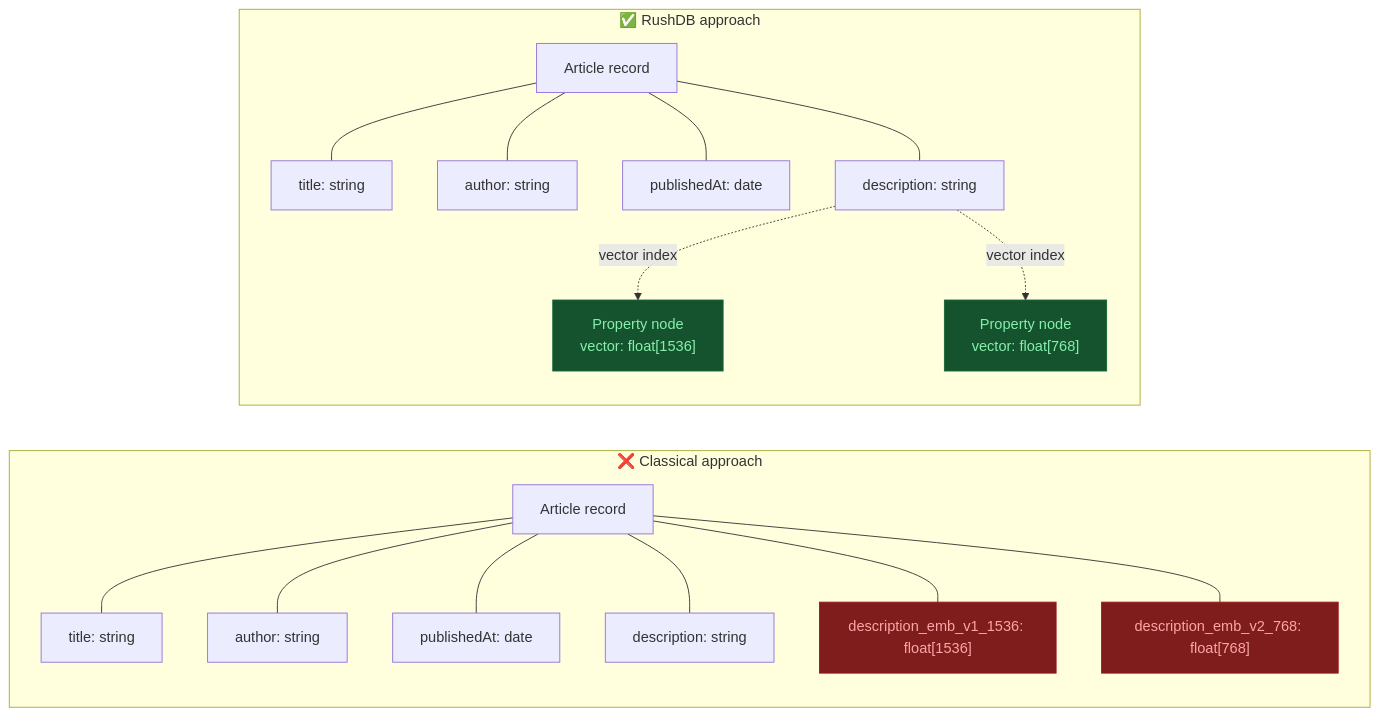
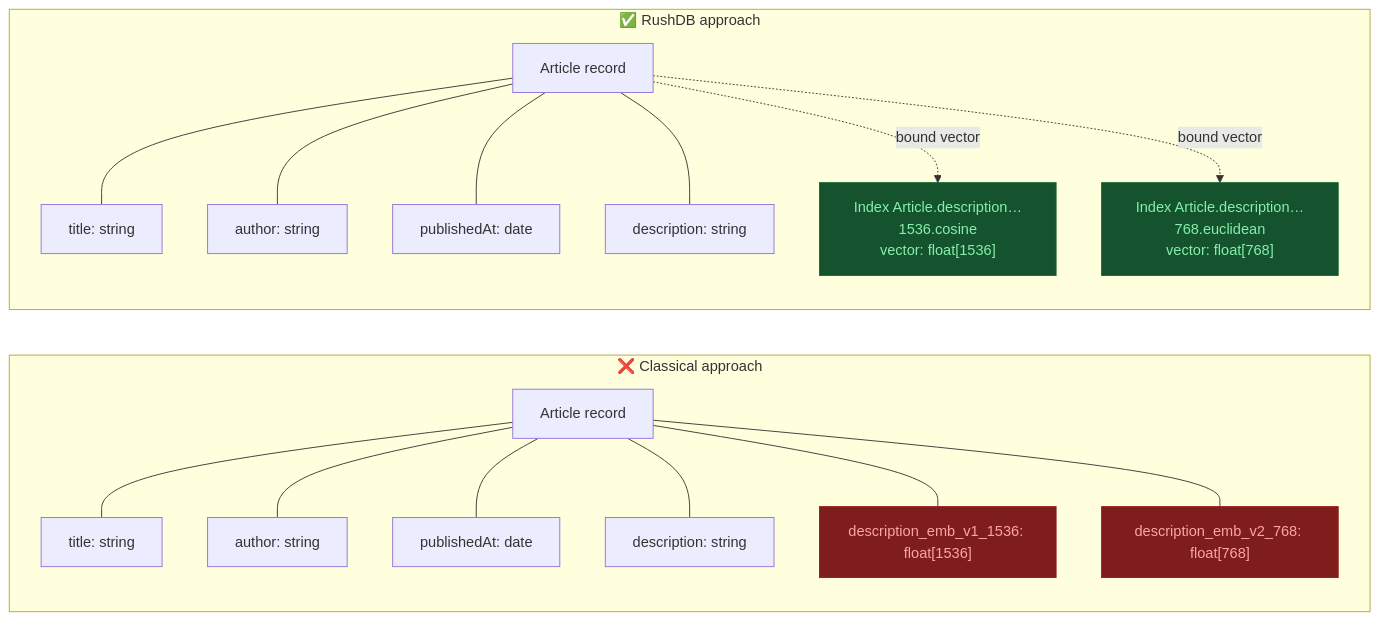
Before and after one commit to rush-db/docs: the diagram in docs/learn/semantic-search/manage-indexes.mdx, drawn with Mermaid. The commit also changed other lines of this file and 623 other files, not shown here.

````diff
--- a/docs/learn/semantic-search/manage-indexes.mdx
+++ b/docs/learn/semantic-search/manage-indexes.mdx
@@ -23,30 +33,30 @@
 ```mermaid
 graph LR
   subgraph Classical["❌ Classical approach"]
     direction TB
     R2["Article record"]
     R2 --- F1["title: string"]
     R2 --- F2["author: string"]
     R2 --- F3["publishedAt: date"]
     R2 --- F4["description: string"]
     R2 --- F5["description_emb_v1_1536: float[1536]"]
     R2 --- F6["description_emb_v2_768: float[768]"]
 
     style F5 fill:#7f1d1d,color:#fca5a5,stroke:#991b1b
     style F6 fill:#7f1d1d,color:#fca5a5,stroke:#991b1b
   end
 
   subgraph RushDB["✅ RushDB approach"]
     direction TB
     R1["Article record"]
     R1 --- M1["title: string"]
     R1 --- M2["author: string"]
     R1 --- M3["publishedAt: date"]
     R1 --- M4["description: string"]
-    M4 -. "vector index" .-> V1["Property node\nvector: float[1536]"]
-    M4 -. "vector index" .-> V2["Property node\nvector: float[768]"]
+    R1 -. "bound vector" .-> V1["Index Article.description…1536.cosine\nvector: float[1536]"]
+    R1 -. "bound vector" .-> V2["Index Article.description…768.euclidean\nvector: float[768]"]
 
     style V1 fill:#14532d,color:#86efac,stroke:#166534
     style V2 fill:#14532d,color:#86efac,stroke:#166534
   end
 ```
````
